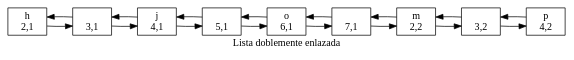
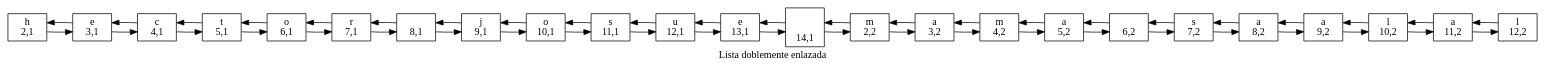
The diagram in ArchivosDot/ListaDobleEnlazada.dot (hr9457/EDD_1S2020_P1_201314296), drawn with Graphviz before and after one commit. The commit also changed 5 other files, not shown here.

```diff
--- a/ArchivosDot/ListaDobleEnlazada.dot
+++ b/ArchivosDot/ListaDobleEnlazada.dot
@@ -1,38 +1,99 @@
 digraph ListaDobleEnlazada {
 rankdir=LR;
 Nodo0[shape=box,label="h 
 2,1"];
-Nodo1[shape=box,label="  
+Nodo1[shape=box,label="e 
 3,1"];
-Nodo2[shape=box,label="j 
+Nodo2[shape=box,label="c 
 4,1"];
-Nodo3[shape=box,label="  
+Nodo3[shape=box,label="t 
 5,1"];
 Nodo4[shape=box,label="o 
 6,1"];
-Nodo5[shape=box,label="  
+Nodo5[shape=box,label="r 
 7,1"];
-Nodo6[shape=box,label="m 
+Nodo6[shape=box,label="  
+8,1"];
+Nodo7[shape=box,label="j 
+9,1"];
+Nodo8[shape=box,label="o 
+10,1"];
+Nodo9[shape=box,label="s 
+11,1"];
+Nodo10[shape=box,label="u 
+12,1"];
+Nodo11[shape=box,label="e 
+13,1"];
+Nodo12[shape=box,label="
+ 
+14,1"];
+Nodo13[shape=box,label="m 
 2,2"];
-Nodo7[shape=box,label="  
+Nodo14[shape=box,label="a 
 3,2"];
-Nodo8[shape=box,label="p 
+Nodo15[shape=box,label="m 
 4,2"];
+Nodo16[shape=box,label="a 
+5,2"];
+Nodo17[shape=box,label="  
+6,2"];
+Nodo18[shape=box,label="s 
+7,2"];
+Nodo19[shape=box,label="a 
+8,2"];
+Nodo20[shape=box,label="a 
+9,2"];
+Nodo21[shape=box,label="l 
+10,2"];
+Nodo22[shape=box,label="a 
+11,2"];
+Nodo23[shape=box,label="l 
+12,2"];
 Nodo0->Nodo1;
 Nodo1->Nodo0;
 Nodo1->Nodo2;
 Nodo2->Nodo1;
 Nodo2->Nodo3;
 Nodo3->Nodo2;
 Nodo3->Nodo4;
 Nodo4->Nodo3;
 Nodo4->Nodo5;
 Nodo5->Nodo4;
 Nodo5->Nodo6;
 Nodo6->Nodo5;
 Nodo6->Nodo7;
 Nodo7->Nodo6;
 Nodo7->Nodo8;
 Nodo8->Nodo7;
+Nodo8->Nodo9;
+Nodo9->Nodo8;
+Nodo9->Nodo10;
+Nodo10->Nodo9;
+Nodo10->Nodo11;
+Nodo11->Nodo10;
+Nodo11->Nodo12;
+Nodo12->Nodo11;
+Nodo12->Nodo13;
+Nodo13->Nodo12;
+Nodo13->Nodo14;
+Nodo14->Nodo13;
+Nodo14->Nodo15;
+Nodo15->Nodo14;
+Nodo15->Nodo16;
+Nodo16->Nodo15;
+Nodo16->Nodo17;
+Nodo17->Nodo16;
+Nodo17->Nodo18;
+Nodo18->Nodo17;
+Nodo18->Nodo19;
+Nodo19->Nodo18;
+Nodo19->Nodo20;
+Nodo20->Nodo19;
+Nodo20->Nodo21;
+Nodo21->Nodo20;
+Nodo21->Nodo22;
+Nodo22->Nodo21;
+Nodo22->Nodo23;
+Nodo23->Nodo22;
 label = " Lista doblemente enlazada" 
 }
```
